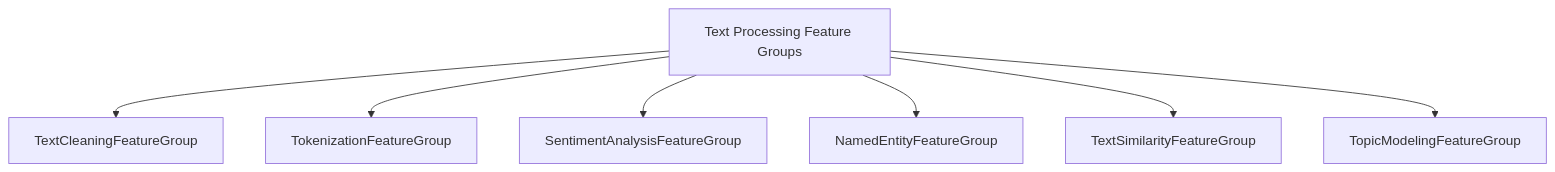
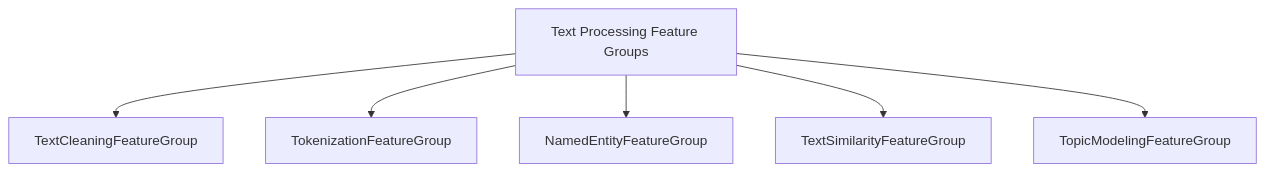
One commit to mloda-ai/mloda changed the second of 6 diagrams in memory-bank/proposed_feature_groups.md. Above: the diagram before and after it, drawn with Mermaid. The commit also changed other lines of this file and 9 other files, not shown here.

Commit message:
feat: added ForecastingFeatureGroup

````diff
--- a/memory-bank/proposed_feature_groups.md
+++ b/memory-bank/proposed_feature_groups.md
@@ -58,9 +58,8 @@
 ```mermaid
 graph TD
     A[Text Processing Feature Groups] --> B[TextCleaningFeatureGroup]
     A --> C[TokenizationFeatureGroup]
-    A --> D[SentimentAnalysisFeatureGroup]
     A --> E[NamedEntityFeatureGroup]
     A --> F[TextSimilarityFeatureGroup]
     A --> G[TopicModelingFeatureGroup]
 ```
````
